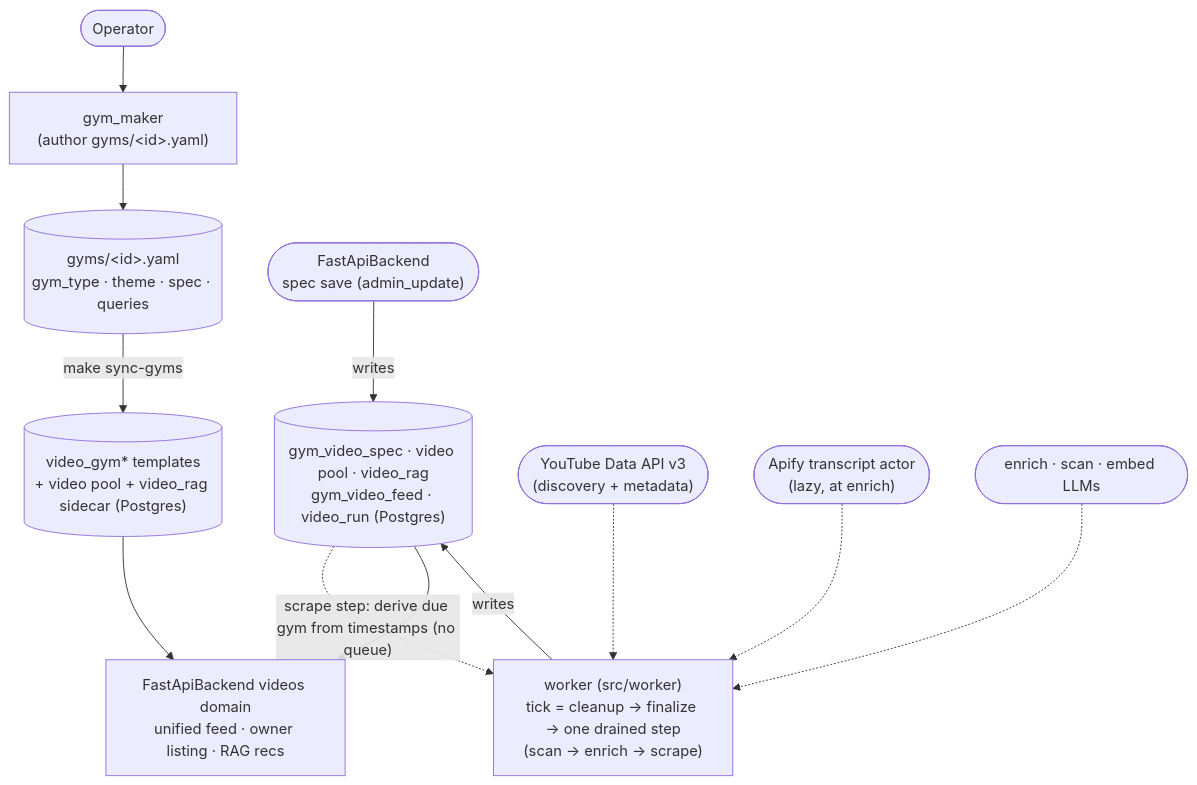
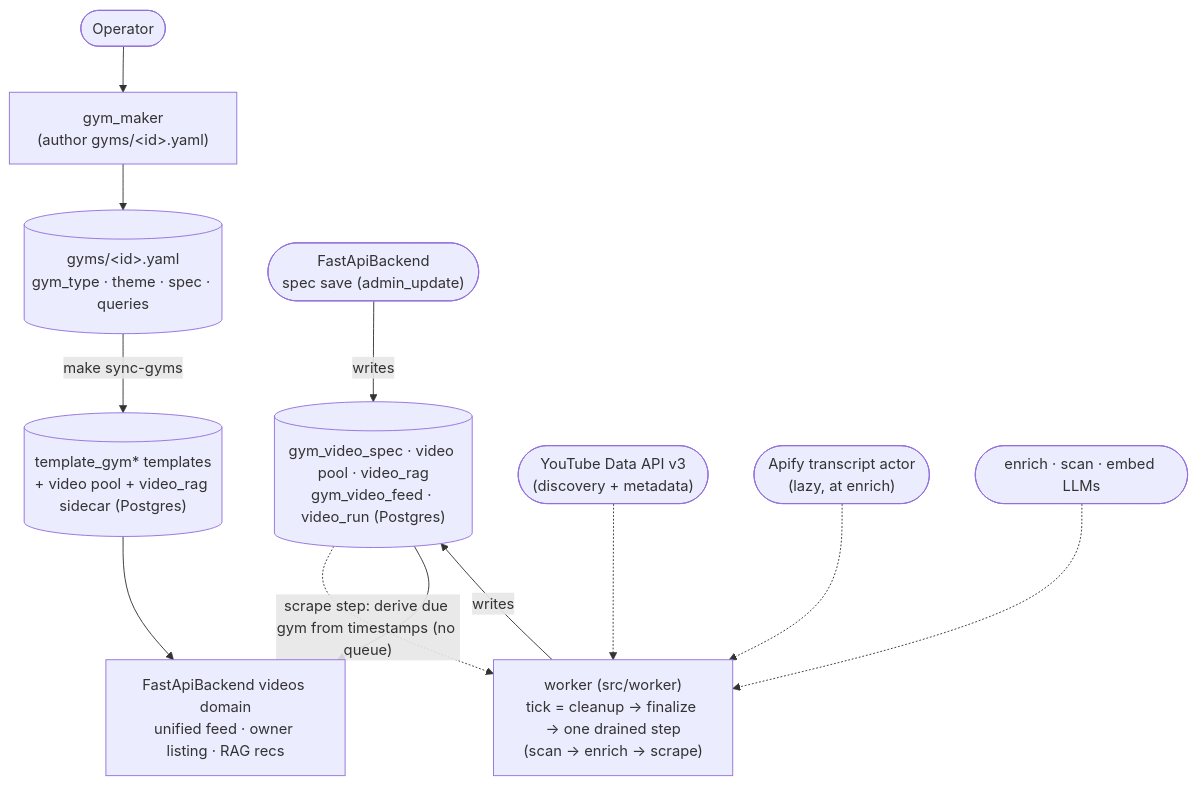
The diagram in VideoService/README.md (jesse51002/CombatDen), drawn with Mermaid before and after one commit. The commit also changed other lines of this file and 59 other files, not shown here.

````diff
--- a/VideoService/README.md
+++ b/VideoService/README.md
@@ -86,17 +86,17 @@
 ```mermaid
 flowchart TD
     human(["Operator"]) --> maker["gym_maker<br/>(author gyms/&lt;id&gt;.yaml)"]
     maker --> gym[("gyms/&lt;id&gt;.yaml<br/>gym_type · theme · spec · queries")]
-    gym -->|make sync-gyms| tmpl[("video_gym* templates<br/>+ video pool + video_rag sidecar (Postgres)")]
+    gym -->|make sync-gyms| tmpl[("template_gym* templates<br/>+ video pool + video_rag sidecar (Postgres)")]
 
     backend(["FastApiBackend<br/>spec save (admin_update)"]) -->|writes| real[("gym_video_spec · video pool · video_rag<br/>gym_video_feed · video_run (Postgres)")]
     real -.->|"scrape step: derive due gym from timestamps (no queue)"| worker["worker (src/worker)<br/>tick = cleanup → finalize → one drained step<br/>(scan → enrich → scrape)"]
     youtube(["YouTube Data API v3<br/>(discovery + metadata)"]) -.-> worker
     apify(["Apify transcript actor<br/>(lazy, at enrich)"]) -.-> worker
     llm(["enrich · scan · embed LLMs"]) -.-> worker
     worker -->|writes| real
 
     fb["FastApiBackend videos domain<br/>unified feed · owner listing · RAG recs"]
     tmpl --> fb
     real --> fb
 ```
````
